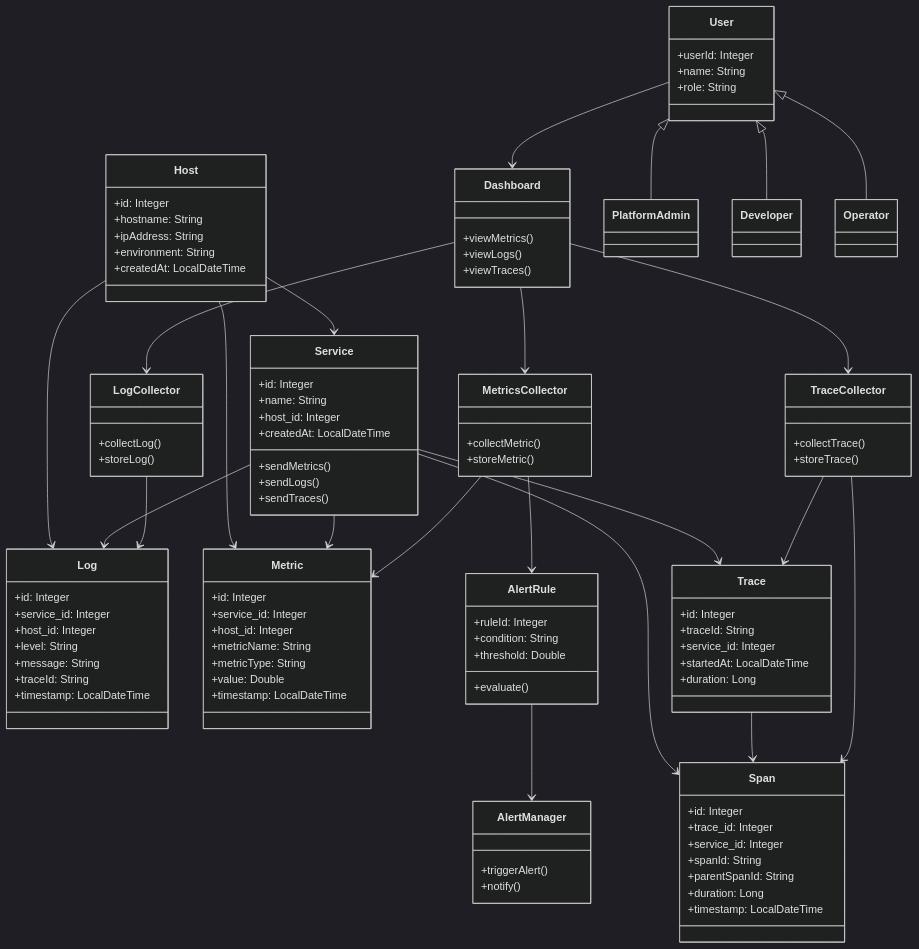
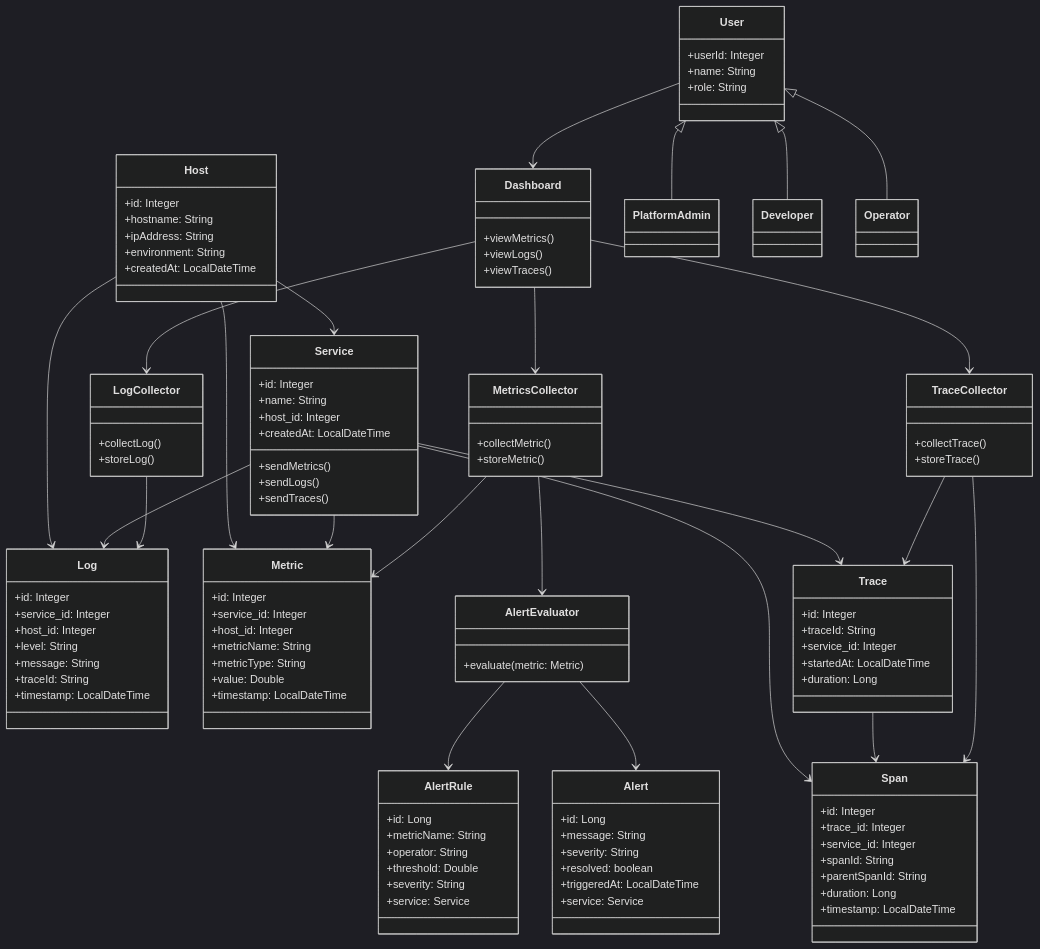
Before and after one commit to QUBITABHAY/Observatory: the diagram in classDiagram.md, drawn with Mermaid (dark theme). The commit also changed other lines of this file and 9 other files, not shown here.

```diff
--- a/classDiagram.md
+++ b/classDiagram.md
@@ -73,15 +73,25 @@
 }
 
 class AlertRule {
-  +ruleId: Integer
-  +condition: String
+  +id: Long
+  +metricName: String
+  +operator: String
   +threshold: Double
-  +evaluate()
+  +severity: String
+  +service: Service
 }
 
-class AlertManager {
-  +triggerAlert()
-  +notify()
+class Alert {
+  +id: Long
+  +message: String
+  +severity: String
+  +resolved: boolean
+  +triggeredAt: LocalDateTime
+  +service: Service
+}
+
+class AlertEvaluator {
+  +evaluate(metric: Metric)
 }
 
 class Dashboard {
@@ -96,14 +106,9 @@
   +role: String
 }
 
-class PlatformAdmin {
-}
-
-class Developer {
-}
-
-class Operator {
-}
+class PlatformAdmin
+class Developer
+class Operator
 
 Host --> Service
 Host --> Metric
@@ -121,8 +126,9 @@
 TraceCollector --> Trace
 TraceCollector --> Span
 
-MetricsCollector --> AlertRule
-AlertRule --> AlertManager
+MetricsCollector --> AlertEvaluator
+AlertEvaluator --> AlertRule
+AlertEvaluator --> Alert
 
 User <|-- PlatformAdmin
 User <|-- Developer
```
